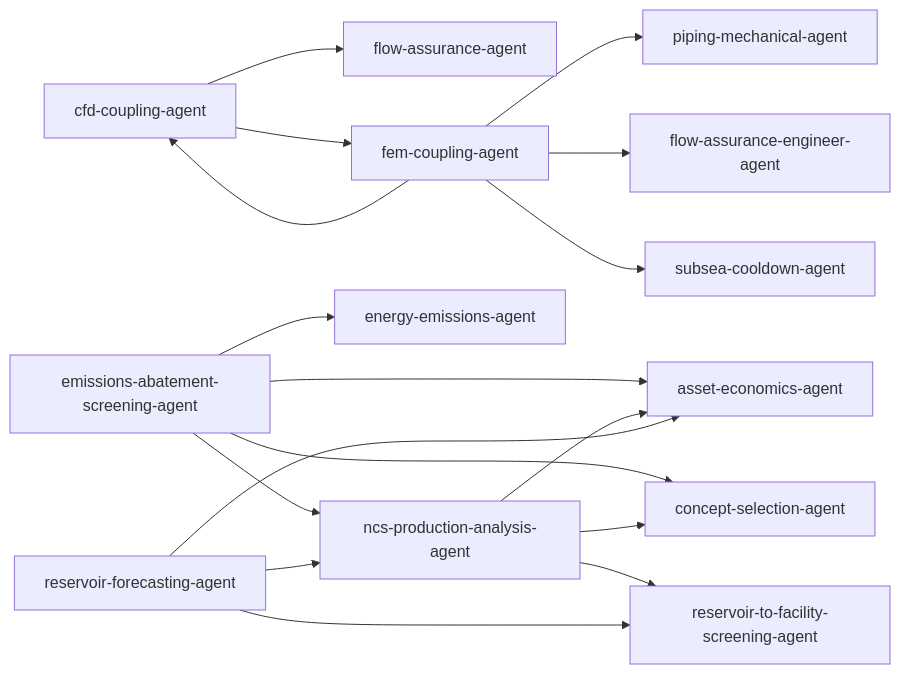
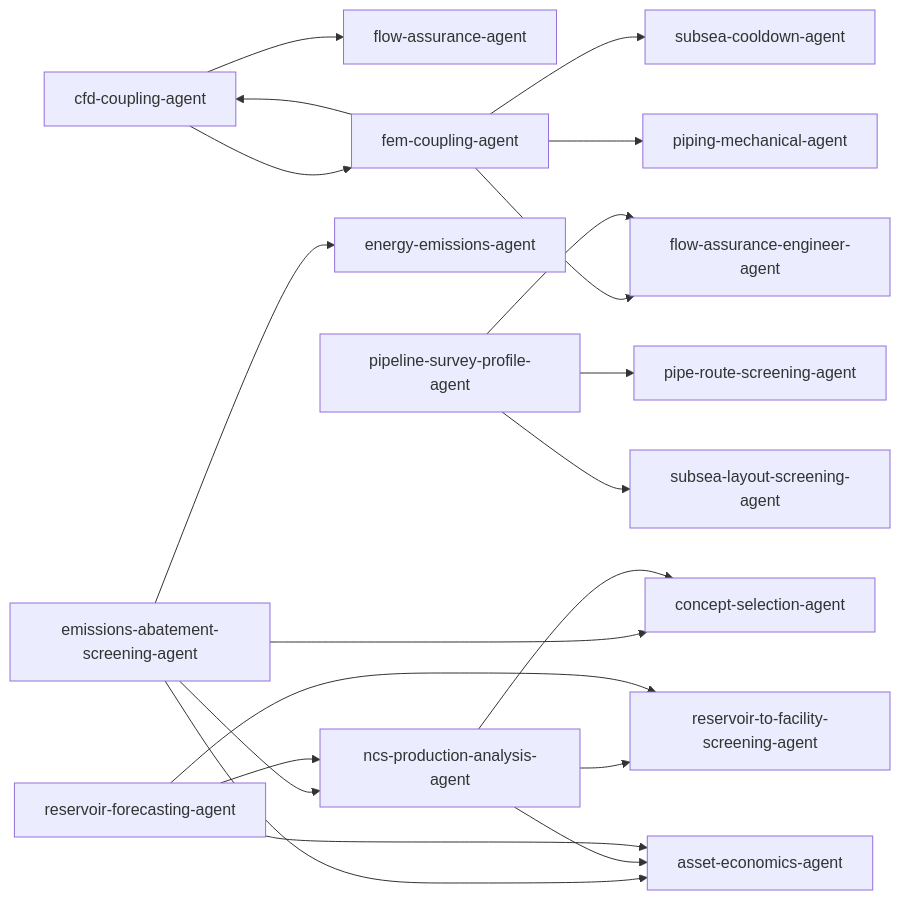
The diagram in docs/ORCHESTRATION_MAP.md (equinor/neqsim-community-agents), drawn with Mermaid before and after one commit. The commit also changed other lines of this file and 10 other files, not shown here.

````diff
--- a/docs/ORCHESTRATION_MAP.md
+++ b/docs/ORCHESTRATION_MAP.md
@@ -57,19 +58,22 @@
 ```mermaid
 graph LR
     cfd_coupling_agent["cfd-coupling-agent"] --> flow_assurance_agent["flow-assurance-agent"]
     cfd_coupling_agent["cfd-coupling-agent"] --> fem_coupling_agent["fem-coupling-agent"]
     emissions_abatement_screening_agent["emissions-abatement-screening-agent"] --> energy_emissions_agent["energy-emissions-agent"]
     emissions_abatement_screening_agent["emissions-abatement-screening-agent"] --> ncs_production_analysis_agent["ncs-production-analysis-agent"]
     emissions_abatement_screening_agent["emissions-abatement-screening-agent"] --> concept_selection_agent["concept-selection-agent"]
     emissions_abatement_screening_agent["emissions-abatement-screening-agent"] --> asset_economics_agent["asset-economics-agent"]
     fem_coupling_agent["fem-coupling-agent"] --> cfd_coupling_agent["cfd-coupling-agent"]
     fem_coupling_agent["fem-coupling-agent"] --> subsea_cooldown_agent["subsea-cooldown-agent"]
     fem_coupling_agent["fem-coupling-agent"] --> flow_assurance_engineer_agent["flow-assurance-engineer-agent"]
     fem_coupling_agent["fem-coupling-agent"] --> piping_mechanical_agent["piping-mechanical-agent"]
     ncs_production_analysis_agent["ncs-production-analysis-agent"] --> reservoir_to_facility_screening_agent["reservoir-to-facility-screening-agent"]
     ncs_production_analysis_agent["ncs-production-analysis-agent"] --> concept_selection_agent["concept-selection-agent"]
     ncs_production_analysis_agent["ncs-production-analysis-agent"] --> asset_economics_agent["asset-economics-agent"]
+    pipeline_survey_profile_agent["pipeline-survey-profile-agent"] --> pipe_route_screening_agent["pipe-route-screening-agent"]
+    pipeline_survey_profile_agent["pipeline-survey-profile-agent"] --> subsea_layout_screening_agent["subsea-layout-screening-agent"]
+    pipeline_survey_profile_agent["pipeline-survey-profile-agent"] --> flow_assurance_engineer_agent["flow-assurance-engineer-agent"]
     reservoir_forecasting_agent["reservoir-forecasting-agent"] --> ncs_production_analysis_agent["ncs-production-analysis-agent"]
     reservoir_forecasting_agent["reservoir-forecasting-agent"] --> reservoir_to_facility_screening_agent["reservoir-to-facility-screening-agent"]
     reservoir_forecasting_agent["reservoir-forecasting-agent"] --> asset_economics_agent["asset-economics-agent"]
 ```
````
